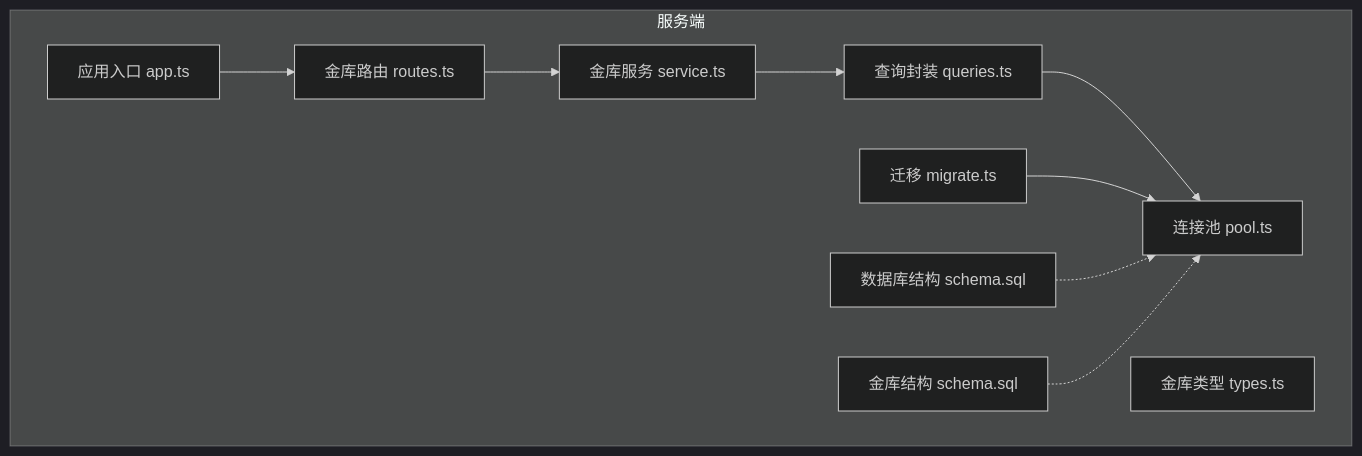
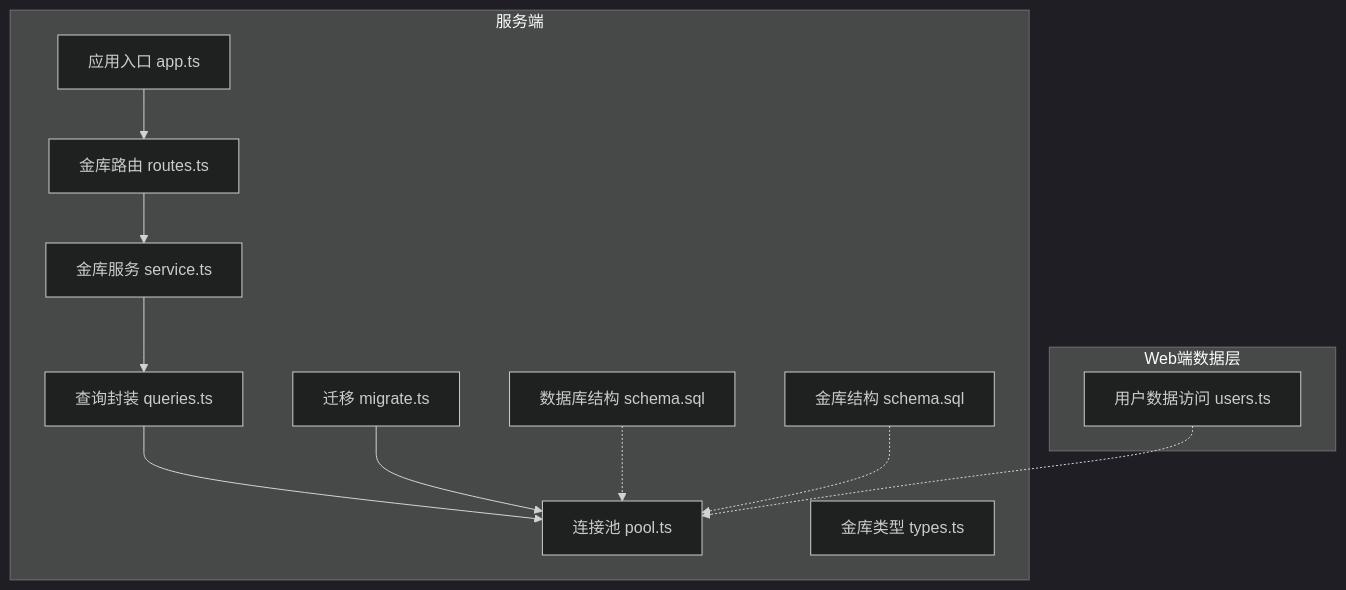
Before and after one commit to Maki3991/study-PactLedger: the first of 9 diagrams in .qoder/repowiki/zh/content/数据流与状态管理/数据持久化层.md, drawn with Mermaid (dark theme). The commit also changed other lines of this file and 15 other files, not shown here.

````diff
--- a/.qoder/repowiki/zh/content/数据流与状态管理/数据持久化层.md
+++ b/.qoder/repowiki/zh/content/数据流与状态管理/数据持久化层.md
@@ -40,21 +49,25 @@
 ```mermaid
 graph TB
 subgraph "服务端"
 APP["应用入口 app.ts"]
 DB_POOL["连接池 pool.ts"]
 QUERIES["查询封装 queries.ts"]
 MIGRATE["迁移 migrate.ts"]
 SCHEMA_DB["数据库结构 schema.sql"]
 TREASURY_SVC["金库服务 service.ts"]
 TREASURY_TYPES["金库类型 types.ts"]
 TREASURY_ROUTES["金库路由 routes.ts"]
 TREASURY_SCHEMA["金库结构 schema.sql"]
 end
+subgraph "Web端数据层"
+WEB_USERS["用户数据访问 users.ts"]
+end
 APP --> TREASURY_ROUTES
 TREASURY_ROUTES --> TREASURY_SVC
 TREASURY_SVC --> QUERIES
 QUERIES --> DB_POOL
 MIGRATE --> DB_POOL
 SCHEMA_DB -.-> DB_POOL
 TREASURY_SCHEMA -.-> DB_POOL
+WEB_USERS -.-> DB_POOL
 ```
````
